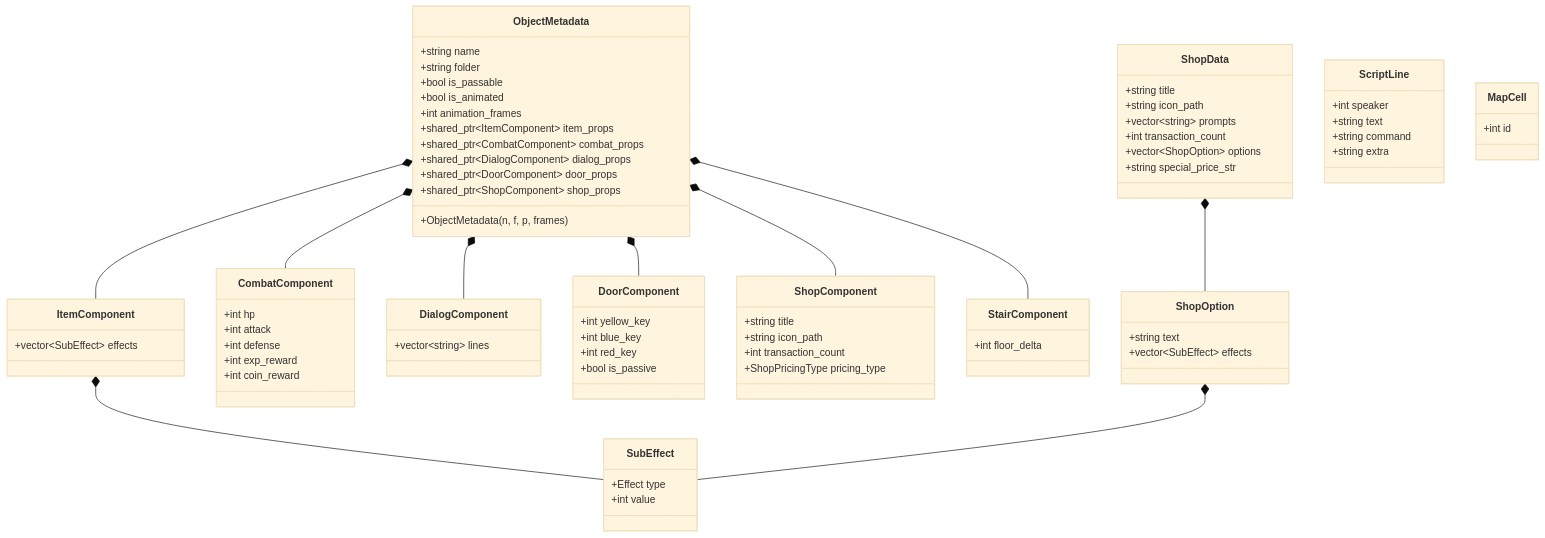
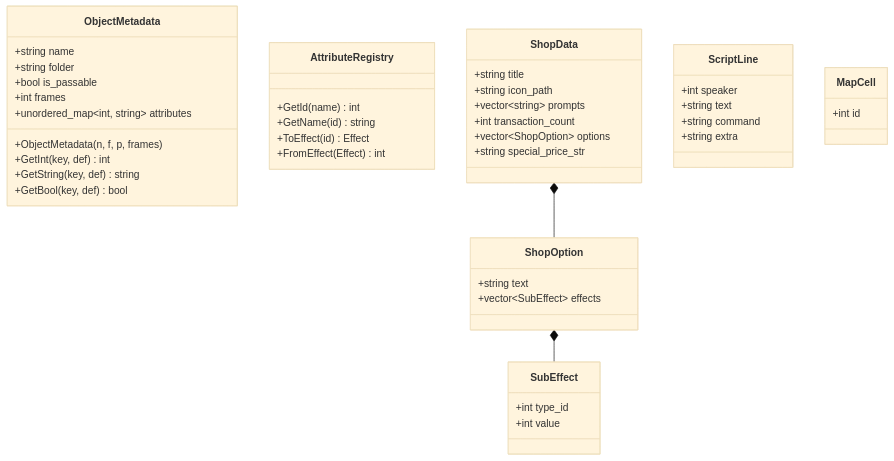
The fourth of 4 diagrams in Constructure.md (XWJWPIY/schoolwork_recreate_magic_tower), drawn with Mermaid (base theme) before and after one commit. The commit also changed other lines of this file, not shown here.

Commit message:
Update: latest constructure

````diff
--- a/Constructure.md
+++ b/Constructure.md
@@ -350,52 +350,23 @@
         +string name
         +string folder
         +bool is_passable
-        +bool is_animated
-        +int animation_frames
-        +shared_ptr~ItemComponent~ item_props
-        +shared_ptr~CombatComponent~ combat_props
-        +shared_ptr~DialogComponent~ dialog_props
-        +shared_ptr~DoorComponent~ door_props
-        +shared_ptr~ShopComponent~ shop_props
+        +int frames
+        +unordered_map~int, string~ attributes
         +ObjectMetadata(n, f, p, frames)
+        +GetInt(key, def) int
+        +GetString(key, def) string
+        +GetBool(key, def) bool
     }
 
-    class ItemComponent {
-        +vector~SubEffect~ effects
-    }
-
-    class CombatComponent {
-        +int hp
-        +int attack
-        +int defense
-        +int exp_reward
-        +int coin_reward
-    }
-
-    class DialogComponent {
-        +vector~string~ lines
-    }
-
-    class DoorComponent {
-        +int yellow_key
-        +int blue_key
-        +int red_key
-        +bool is_passive
-    }
-
-    class ShopComponent {
-        +string title
-        +string icon_path
-        +int transaction_count
-        +ShopPricingType pricing_type
-    }
-
-    class StairComponent {
-        +int floor_delta
+    class AttributeRegistry {
+        +GetId(name) int
+        +GetName(id) string
+        +ToEffect(id) Effect
+        +FromEffect(Effect) int
     }
 
     class SubEffect {
-        +Effect type
+        +int type_id
         +int value
     }
 
@@ -424,13 +395,6 @@
         +int id
     }
 
-    ObjectMetadata *-- ItemComponent
-    ObjectMetadata *-- CombatComponent
-    ObjectMetadata *-- DialogComponent
-    ObjectMetadata *-- DoorComponent
-    ObjectMetadata *-- ShopComponent
-    ObjectMetadata *-- StairComponent
-    ItemComponent *-- SubEffect
     ShopOption *-- SubEffect
     ShopData *-- ShopOption
 ```
````
